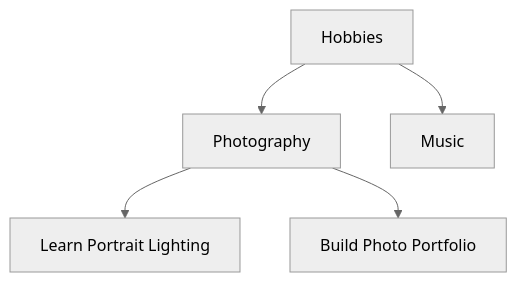
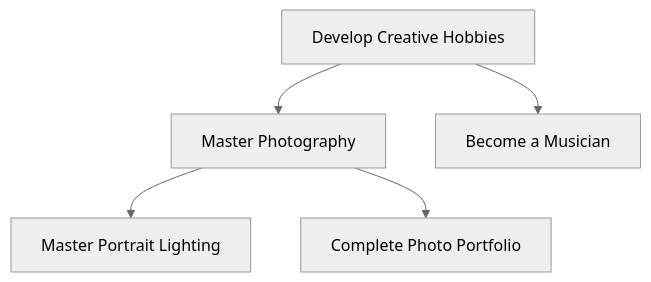
One commit to monika-hobbyt/obsidian-goals-plugin changed the diagram in ROADMAP.md. Above: the diagram before and after it, drawn with Mermaid (neutral theme). The commit also changed 1 other file, not shown here.

Commit message:
update goal examples

````diff
--- a/ROADMAP.md
+++ b/ROADMAP.md
@@ -39,7 +39,7 @@
 ```mermaid
 flowchart TD
-    A[Hobbies] --> B[Photography]
-    A --> C[Music]
-    B --> D[Learn Portrait Lighting]
-    B --> E[Build Photo Portfolio]
+    A[Develop Creative Hobbies] --> B[Master Photography]
+    A --> C[Become a Musician]
+    B --> D[Master Portrait Lighting]
+    B --> E[Complete Photo Portfolio]
 ```
````
